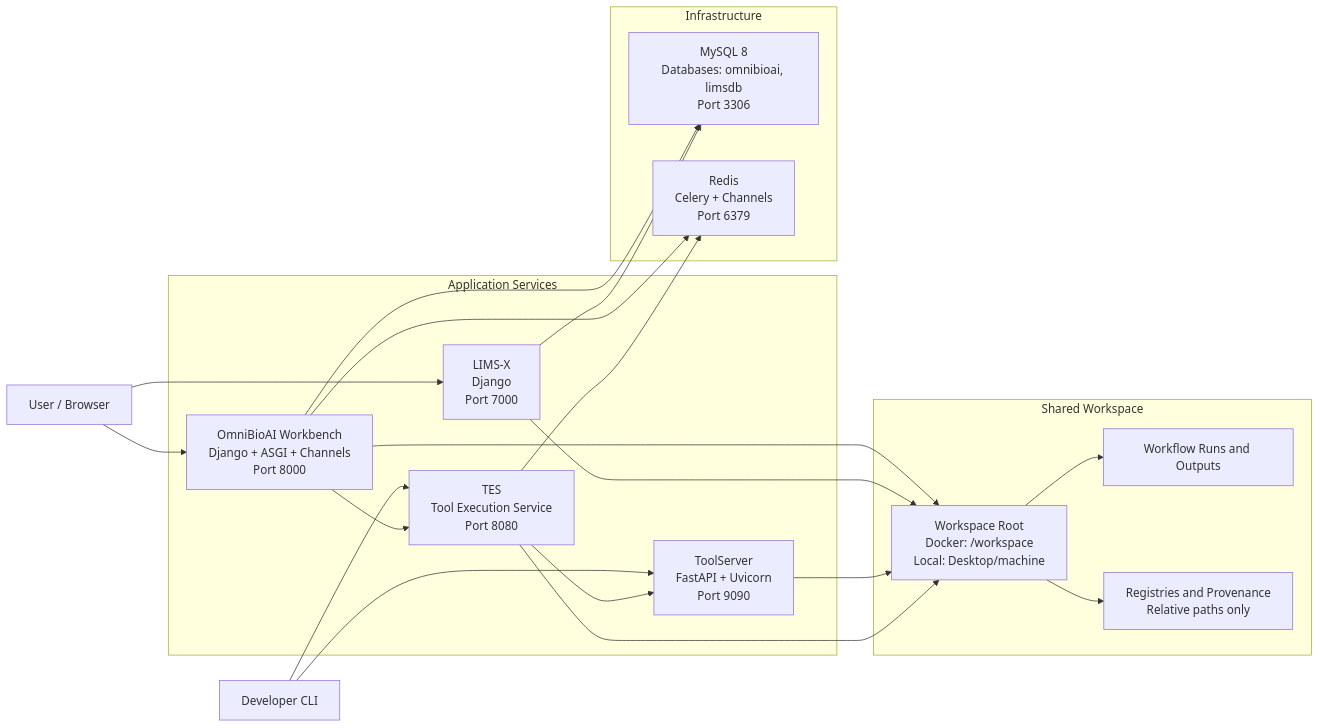
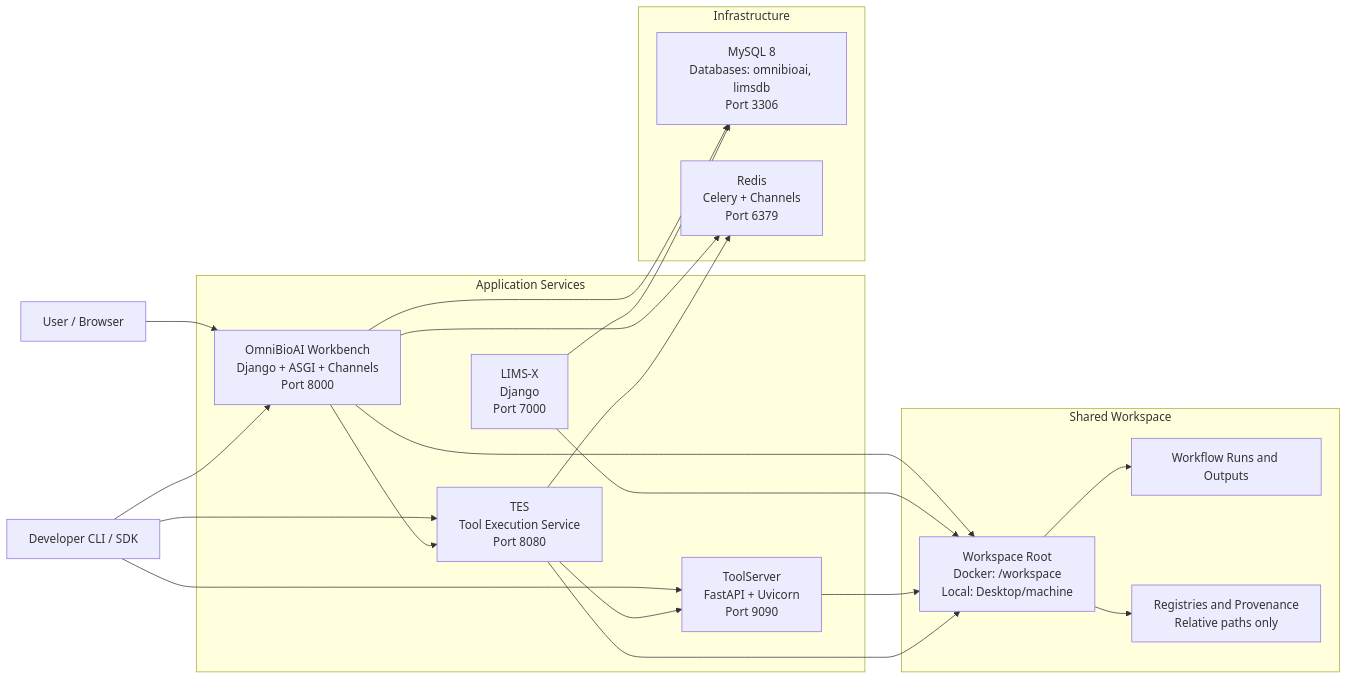
Before and after one commit to man4ish/omnibioai-local-stack: the diagram in README.md, drawn with Mermaid. The commit also changed other lines of this file and 2 other files, not shown here.

````diff
--- a/README.md
+++ b/README.md
@@ -40,51 +43,51 @@
 ```mermaid
 flowchart LR
   %% Clients
   U[User / Browser]
-  Dev[Developer CLI]
+  Dev[Developer CLI / SDK]
 
   %% Application Services
   subgraph Apps[Application Services]
     WB[OmniBioAI Workbench\nDjango + ASGI + Channels\nPort 8000]
     LS[LIMS-X\nDjango\nPort 7000]
     TS[ToolServer\nFastAPI + Uvicorn\nPort 9090]
     TES[TES\nTool Execution Service\nPort 8080]
   end
 
   %% Infrastructure
   subgraph Infra[Infrastructure]
     MySQL[MySQL 8\nDatabases: omnibioai, limsdb\nPort 3306]
     Redis[Redis\nCelery + Channels\nPort 6379]
   end
 
   %% Shared Workspace
   subgraph Storage[Shared Workspace]
     WS[Workspace Root\nDocker: /workspace\nLocal: Desktop/machine]
     Runs[Workflow Runs and Outputs]
     Registry[Registries and Provenance\nRelative paths only]
   end
 
   %% Client traffic
   U --> WB
-  U --> LS
+  Dev --> WB
   Dev --> TS
   Dev --> TES
 
   %% Service interactions
   WB --> TES
   TES --> TS
 
   %% Data plane
   WB --> MySQL
   LS --> MySQL
   WB --> Redis
   TES --> Redis
 
   %% Shared filesystem
   WB --> WS
   LS --> WS
   TS --> WS
   TES --> WS
   WS --> Runs
   WS --> Registry
 ```
````
